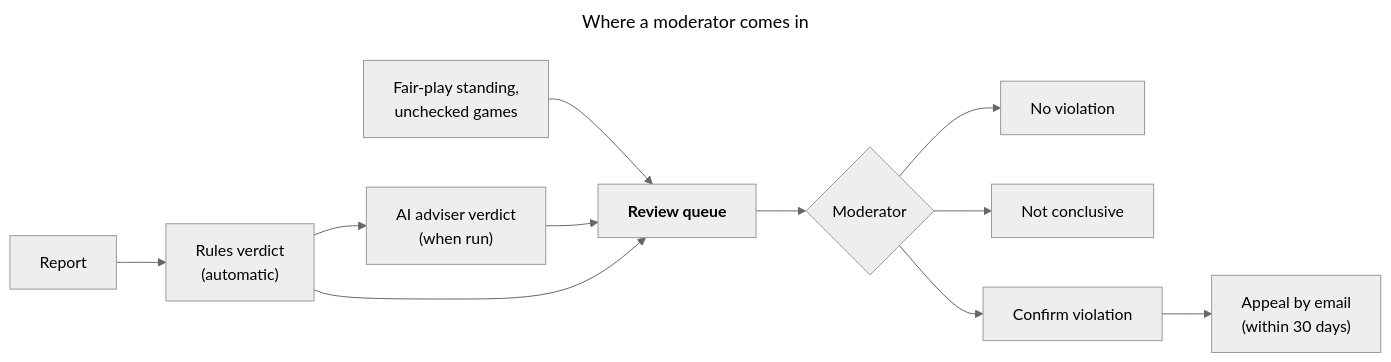
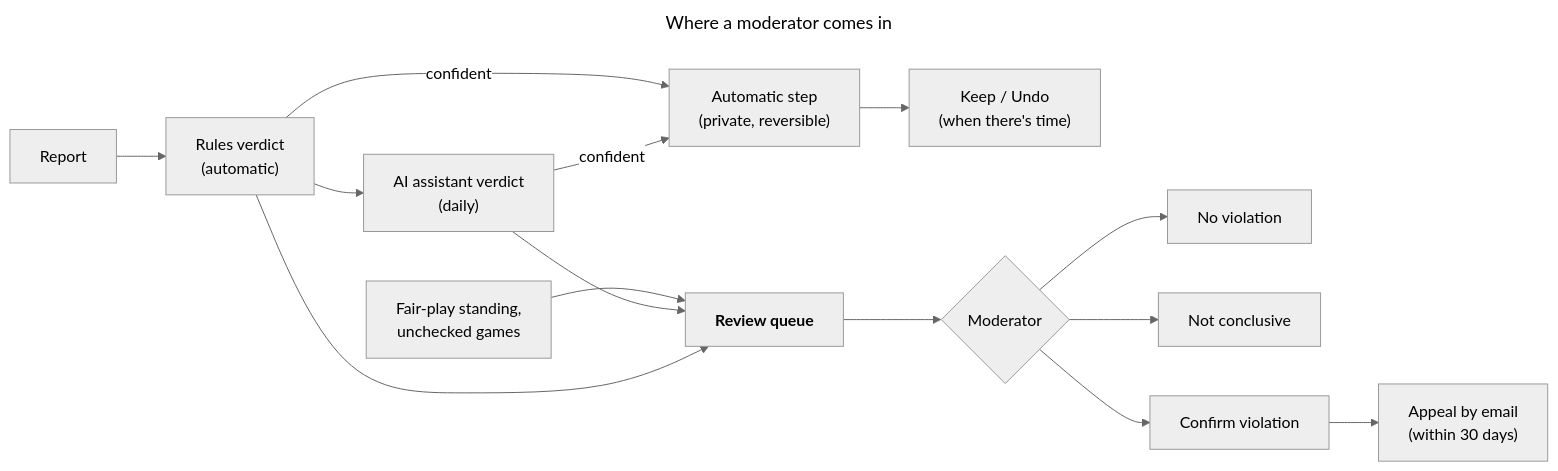
The diagram in docs/moderator-runbook.md (jetzhu/xiangqi), drawn with Mermaid (neutral theme) before and after one commit. The commit also changed other lines of this file and 22 other files, not shown here.

First line of the commit message:
M22: triage acts on its own with private, reversible steps, reviewed later

````diff
--- a/docs/moderator-runbook.md
+++ b/docs/moderator-runbook.md
@@ -11,16 +11,19 @@
 ```mermaid
 ---
 title: Where a moderator comes in
 ---
 flowchart LR
   report["Report"] --> rules["Rules verdict<br/>(automatic)"]
-  rules --> ai["AI adviser verdict<br/>(when run)"]
+  rules --> ai["AI assistant verdict<br/>(daily)"]
+  rules -- "confident" --> step["Automatic step<br/>(private, reversible)"]
+  ai -- "confident" --> step
+  step --> look["Keep / Undo<br/>(when there's time)"]
   stats["Fair-play standing,<br/>unchecked games"] --> queue
   ai --> queue["<b>Review queue</b>"]
   rules --> queue
   queue --> decide{"Moderator"}
   decide --> nv["No violation"]
   decide --> nc["Not conclusive"]
   decide --> v["Confirm violation"]
   v --> appeal["Appeal by email<br/>(within 30 days)"]
 ```
````
